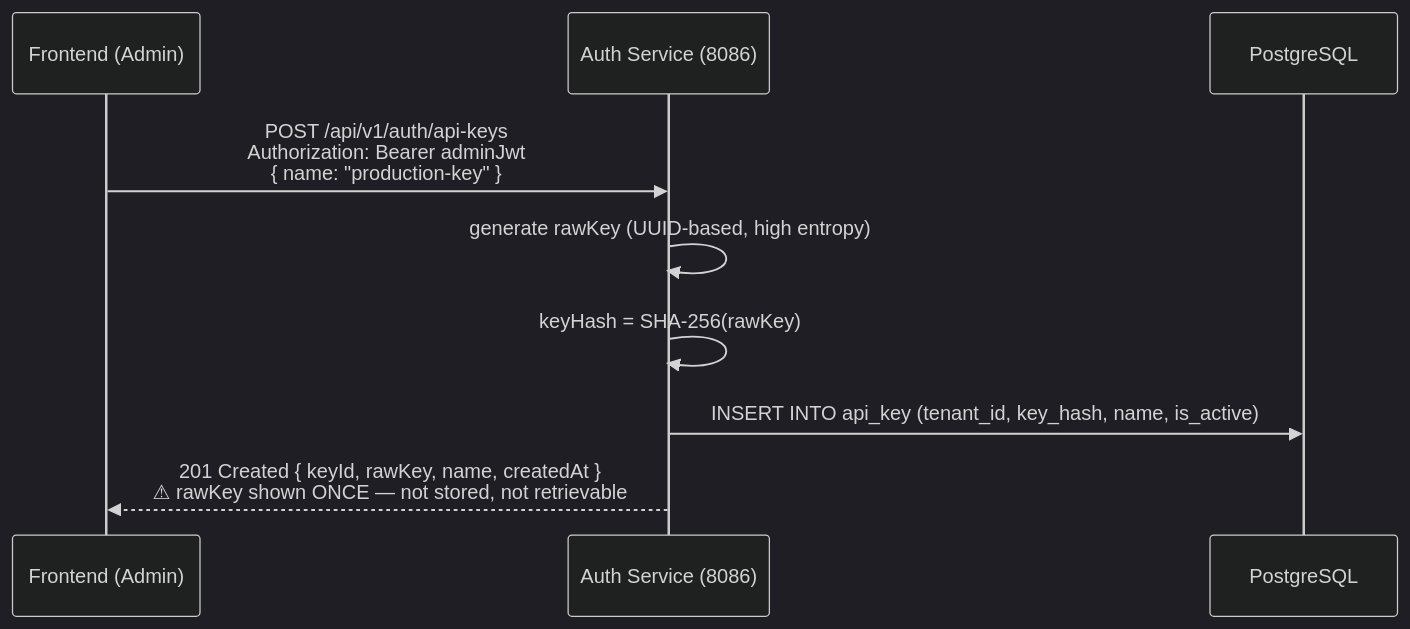
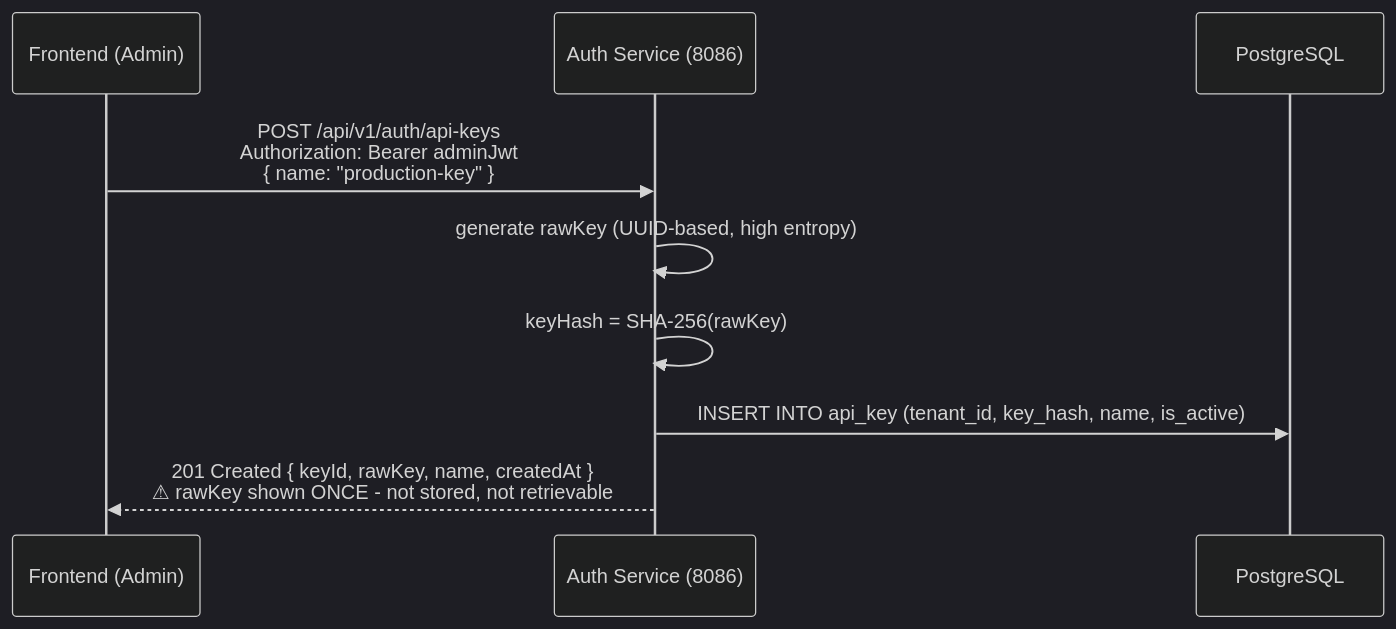
Diagram 12 of 12 in content/docs/architecture/flow-diagrams.mdx (ashmitjsg/log0-website), drawn with Mermaid (dark theme) before and after one commit. The commit also changed other lines of this file and 3 other files, not shown here.

````diff
--- a/content/docs/architecture/flow-diagrams.mdx
+++ b/content/docs/architecture/flow-diagrams.mdx
@@ -541,12 +541,12 @@
 ```mermaid
 sequenceDiagram
     participant FE as Frontend (Admin)
     participant AS as Auth Service (8086)
     participant PG as PostgreSQL
 
     FE->>AS: POST /api/v1/auth/api-keys<br/>Authorization: Bearer adminJwt<br/>{ name: "production-key" }
     AS->>AS: generate rawKey (UUID-based, high entropy)
     AS->>AS: keyHash = SHA-256(rawKey)
     AS->>PG: INSERT INTO api_key (tenant_id, key_hash, name, is_active)
-    AS-->>FE: 201 Created { keyId, rawKey, name, createdAt }<br/>⚠ rawKey shown ONCE — not stored, not retrievable
+    AS-->>FE: 201 Created { keyId, rawKey, name, createdAt }<br/>⚠ rawKey shown ONCE - not stored, not retrievable
 ```
````
